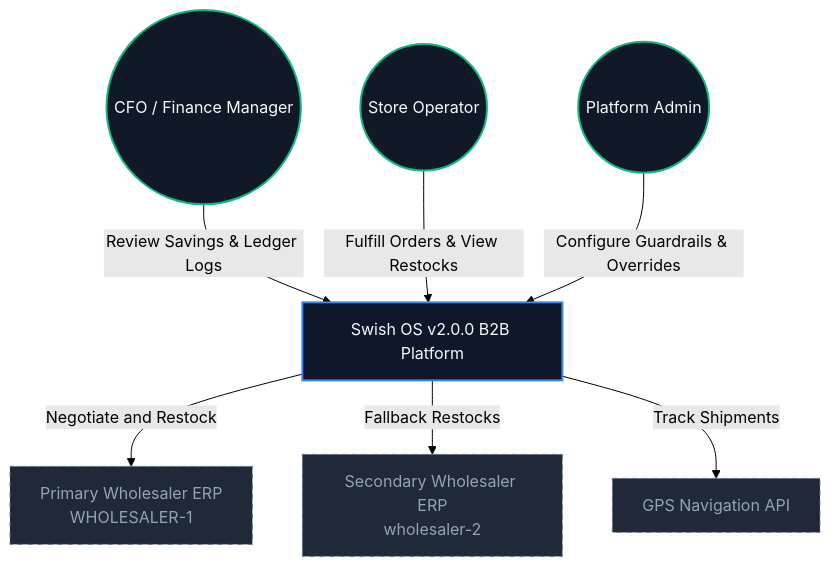
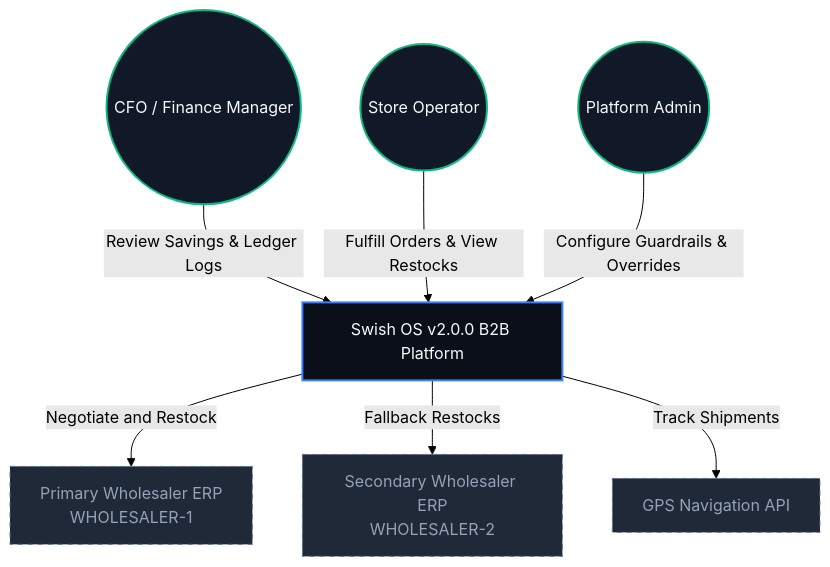
The first of 2 diagrams in README.md (Muneeb7860/Swish_App), drawn with Mermaid (forest theme) before and after one commit. The commit also changed other lines of this file, not shown here.

````diff
--- a/README.md
+++ b/README.md
@@ -30,24 +80,24 @@
 ```mermaid
 graph TB
-  classDef system fill:#0f172a,stroke:#3b82f6,stroke-width:2px,color:#f8fafc;
+  classDef system fill:#0b0f19,stroke:#3b82f6,stroke-width:2px,color:#f8fafc;
   classDef actor fill:#111827,stroke:#10b981,stroke-width:2px,color:#f8fafc;
   classDef external fill:#1f2937,stroke:#64748b,stroke-width:1px,stroke-dasharray: 5 5,color:#94a3b8;
 
   CFO((CFO / Finance Manager)):::actor
   Operator((Store Operator)):::actor
   Admin((Platform Admin)):::actor
   
   System[Swish OS v2.0.0 B2B Platform]:::system
   
   PrimaryWholesaler[Primary Wholesaler ERP<br>WHOLESALER-1]:::external
-  SecondaryWholesaler[Secondary Wholesaler ERP<br>wholesaler-2]:::external
+  SecondaryWholesaler[Secondary Wholesaler ERP<br>WHOLESALER-2]:::external
   GPSService[GPS Navigation API]:::external
 
   CFO -->|Review Savings & Ledger Logs| System
   Operator -->|Fulfill Orders & View Restocks| System
   Admin -->|Configure Guardrails & Overrides| System
   
   System -->|Negotiate and Restock| PrimaryWholesaler
   System -->|Fallback Restocks| SecondaryWholesaler
   System -->|Track Shipments| GPSService
 ```
````
